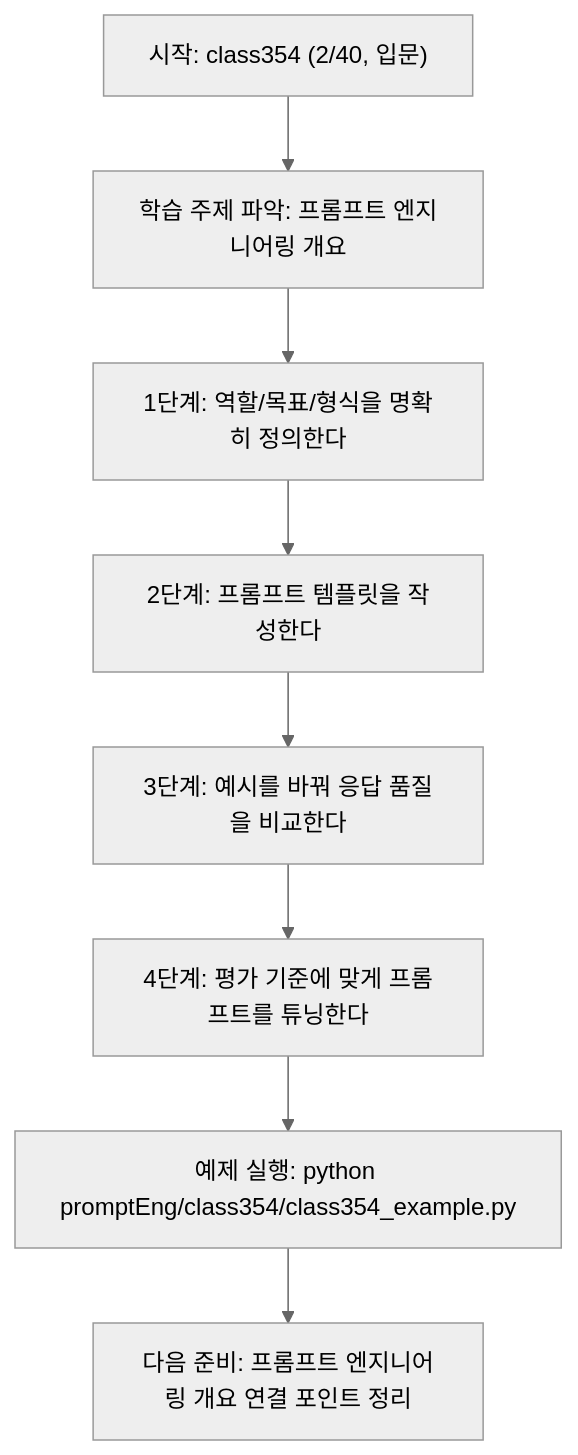
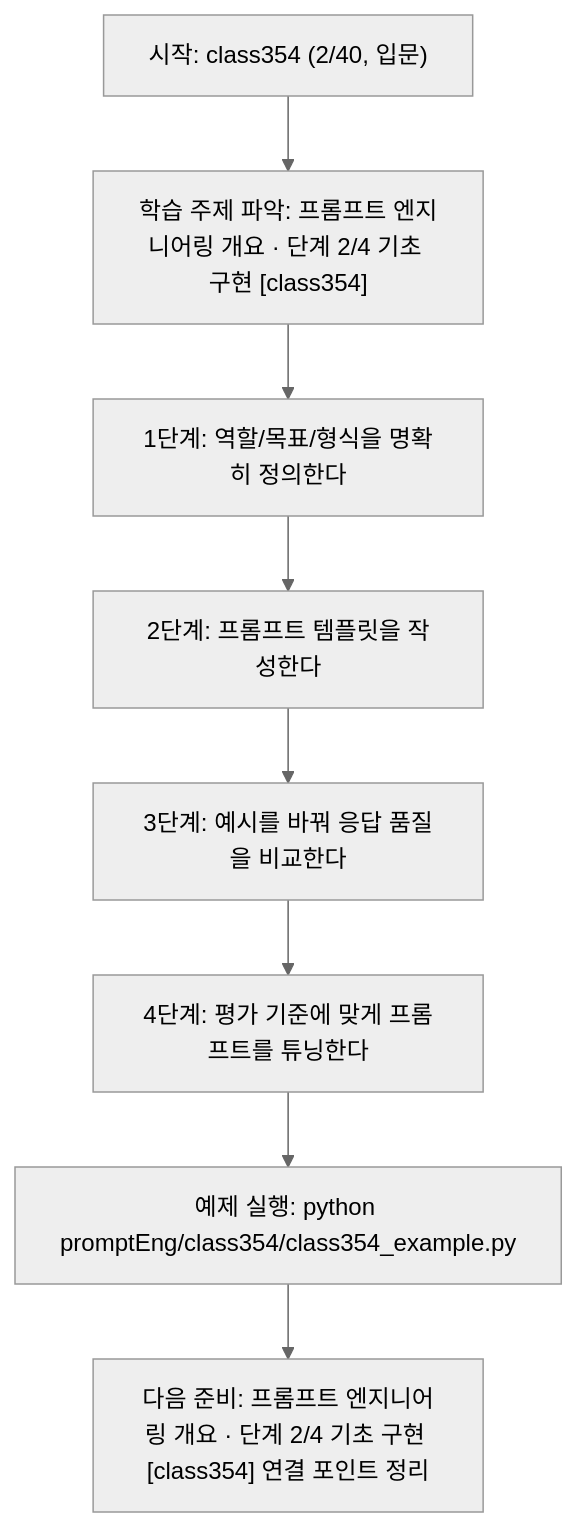
The diagram in promptEng/class354/class354.md (edumgt/Python-AI_Agent-Class), drawn with Mermaid (neutral theme) before and after one commit. The commit also changed other lines of this file and 522 other files, not shown here.

````diff
--- a/promptEng/class354/class354.md
+++ b/promptEng/class354/class354.md
@@ -109,18 +110,18 @@
 ```mermaid
 flowchart TD
 N1["시작: class354 (2/40, 입문)"]
-N2["학습 주제 파악: 프롬프트 엔지니어링 개요"]
+N2["학습 주제 파악: 프롬프트 엔지니어링 개요 · 단계 2/4 기초 구현 [class354]"]
 N3["1단계: 역할/목표/형식을 명확히 정의한다"]
 N4["2단계: 프롬프트 템플릿을 작성한다"]
 N5["3단계: 예시를 바꿔 응답 품질을 비교한다"]
 N6["4단계: 평가 기준에 맞게 프롬프트를 튜닝한다"]
 N7["예제 실행: python promptEng/class354/class354_example.py"]
-N8["다음 준비: 프롬프트 엔지니어링 개요 연결 포인트 정리"]
+N8["다음 준비: 프롬프트 엔지니어링 개요 · 단계 2/4 기초 구현 [class354] 연결 포인트 정리"]
 N1 --> N2
 N2 --> N3
 N3 --> N4
 N4 --> N5
 N5 --> N6
 N6 --> N7
 N7 --> N8
 ```
````
